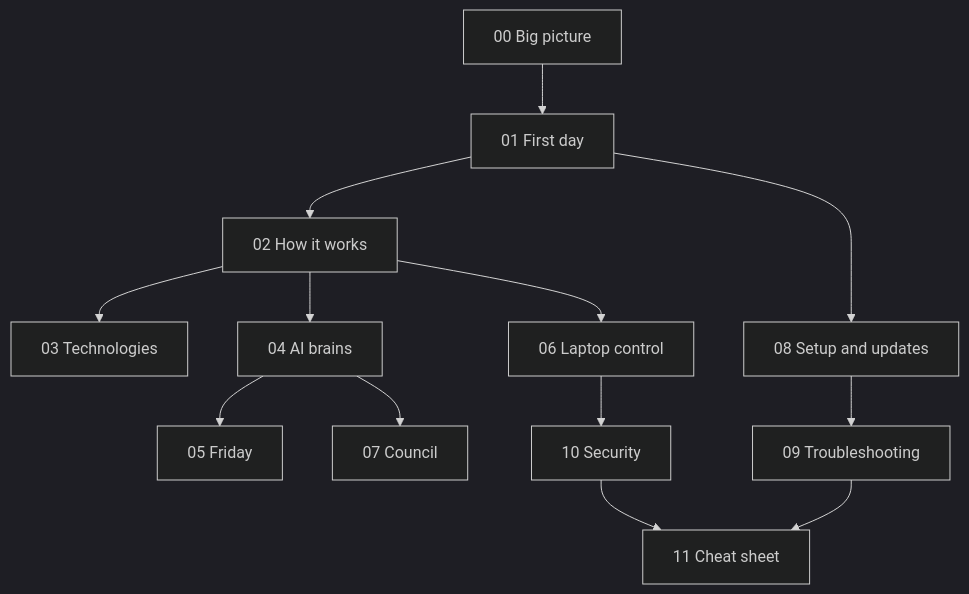
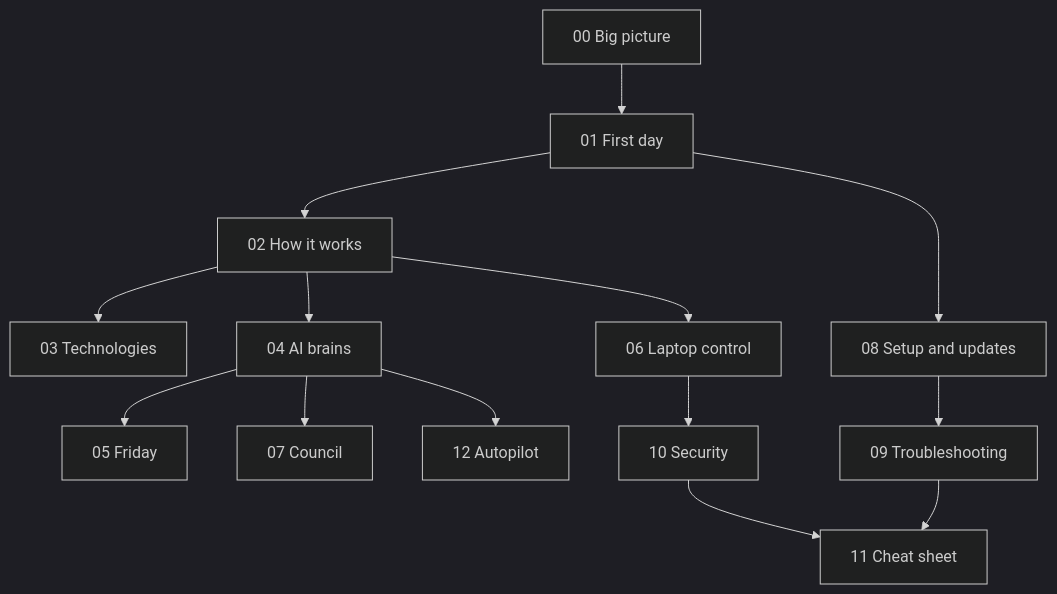
The diagram in docs/guide/README.md (ShikharGupta0813/laptop-hub), drawn with Mermaid (dark theme) before and after one commit. The commit also changed other lines of this file and 24 other files, not shown here.

````diff
--- a/docs/guide/README.md
+++ b/docs/guide/README.md
@@ -26,15 +27,16 @@
 ```mermaid
 flowchart TD
     A["00 Big picture"] --> B["01 First day"]
     B --> C["02 How it works"]
     C --> D["03 Technologies"]
     C --> E["04 AI brains"]
     E --> F["05 Friday"]
     C --> G["06 Laptop control"]
     E --> H["07 Council"]
     B --> I["08 Setup and updates"]
     I --> J["09 Troubleshooting"]
     G --> K["10 Security"]
     J --> L["11 Cheat sheet"]
     K --> L
+    E --> M["12 Autopilot"]
 ```
````
